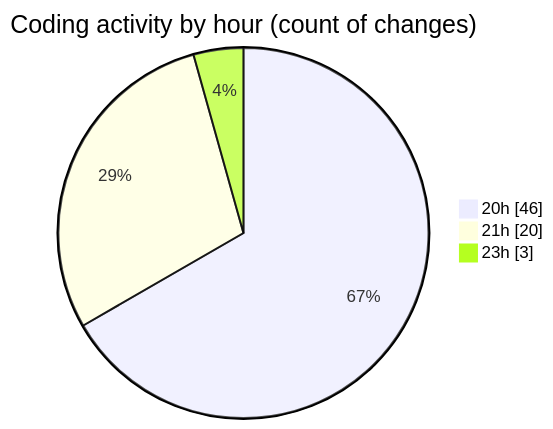
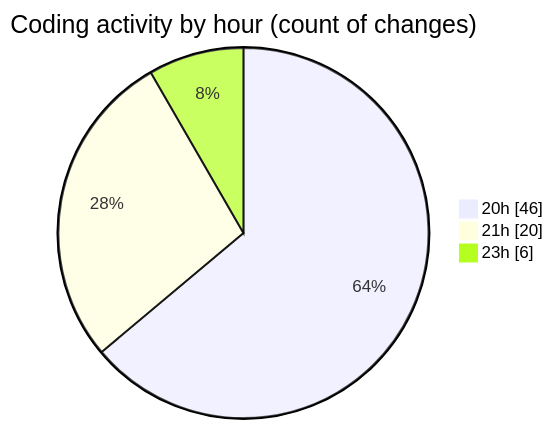
One commit to Ritupan-Deka/code-tracking changed the second of 2 diagrams in 2025-07-19/mern-workoutboard/README.md. Above: the diagram before and after it, drawn with Mermaid. The commit also changed other lines of this file and 1 other file, not shown here.

````diff
--- a/2025-07-19/mern-workoutboard/README.md
+++ b/2025-07-19/mern-workoutboard/README.md
@@ -29,7 +29,7 @@
 ```mermaid
 pie showData
 title Coding activity by hour (count of changes)
 "20h" : 46
 "21h" : 20
-"23h" : 3
+"23h" : 6
 ```
````
